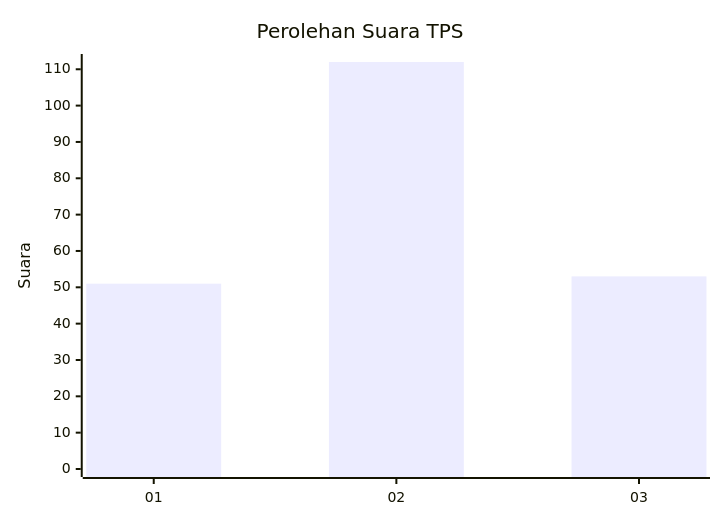
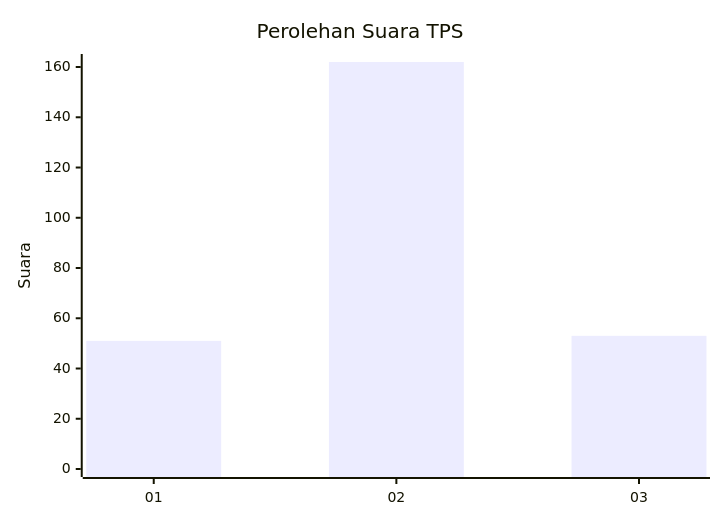
The first of 2 diagrams in pilpres/hitung-suara/sub/52-nusa-tenggara-barat/sub/01-lombok-barat/sub/12-lingsar/sub/2002-batu-kumbung/sub/003-tps/README.md (gigit-pemilu/pemilu-2024-52-nusa-tenggara-barat), drawn with Mermaid before and after one commit. The commit also changed other lines of this file and 143 other files, not shown here.

````diff
--- a/pilpres/hitung-suara/sub/52-nusa-tenggara-barat/sub/01-lombok-barat/sub/12-lingsar/sub/2002-batu-kumbung/sub/003-tps/README.md
+++ b/pilpres/hitung-suara/sub/52-nusa-tenggara-barat/sub/01-lombok-barat/sub/12-lingsar/sub/2002-batu-kumbung/sub/003-tps/README.md
@@ -5,7 +5,7 @@
 ```mermaid
 xychart-beta
     title "Perolehan Suara TPS"
     x-axis [01, 02, 03]
-    y-axis "Suara" 0 --> 112
-    bar [51, 112, 53]
+    y-axis "Suara" 0 --> 162
+    bar [51, 162, 53]
 ```
````
